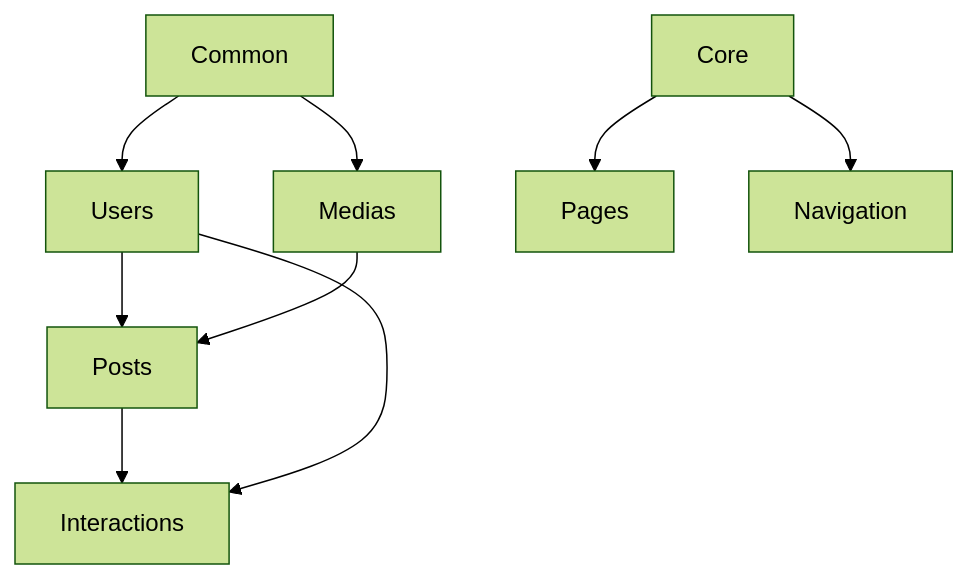
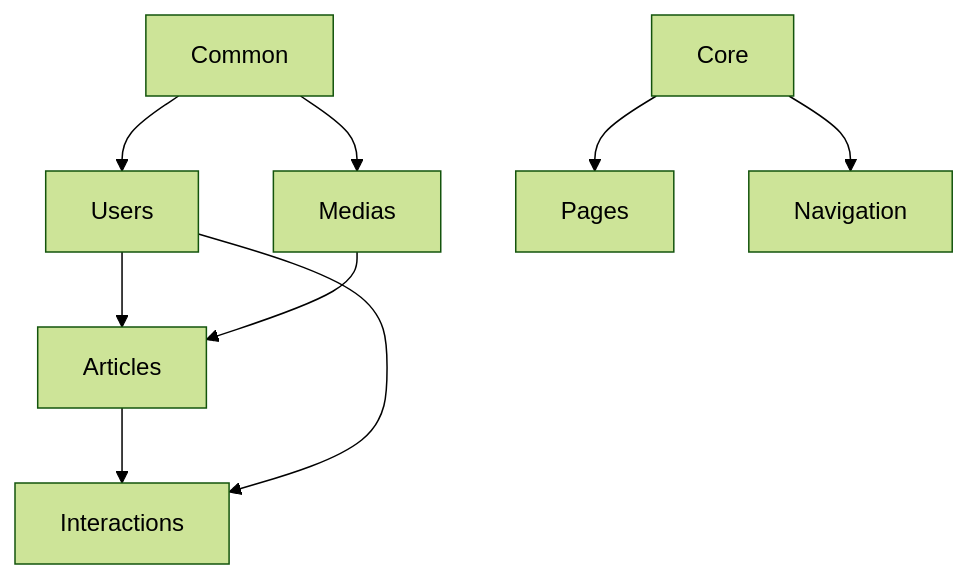
Before and after one commit to amirhossein-moloki/Blog: the diagram in docs/PROJECT_STRUCTURE.md, drawn with Mermaid (forest theme). The commit also changed other lines of this file and 23 other files, not shown here.

````diff
--- a/docs/PROJECT_STRUCTURE.md
+++ b/docs/PROJECT_STRUCTURE.md
@@ -72,11 +72,11 @@
 ```mermaid
 graph TD
     Common --> Users
     Common --> Medias
     Core --> Pages
     Core --> Navigation
-    Users --> Posts
-    Medias --> Posts
-    Posts --> Interactions
+    Users --> Articles
+    Medias --> Articles
+    Articles --> Interactions
     Users --> Interactions
 ```
````
